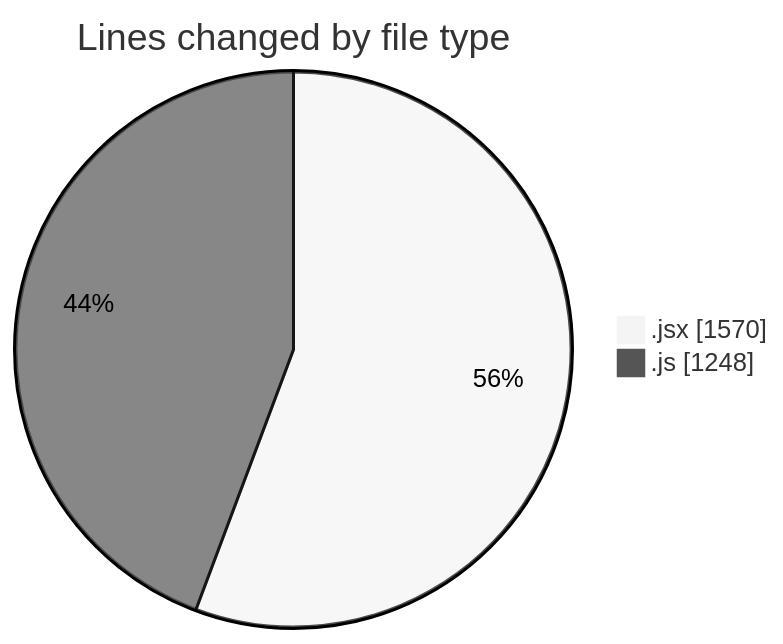
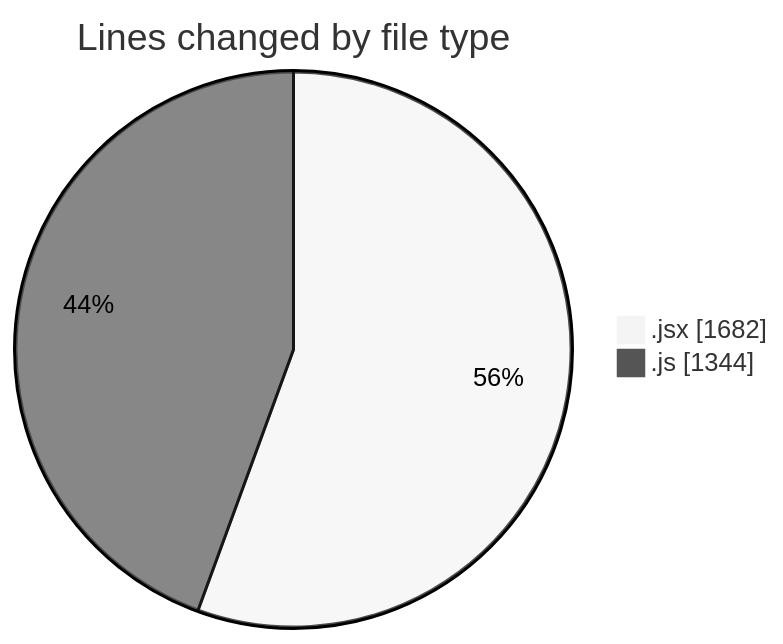
The first of 2 diagrams in 2025-11-06/nxtqube_webapp/README.md (nxtqubesakshisongat/code-tracking), drawn with Mermaid (neutral theme) before and after one commit. The commit also changed other lines of this file and 1 other file, not shown here.

````diff
--- a/2025-11-06/nxtqube_webapp/README.md
+++ b/2025-11-06/nxtqube_webapp/README.md
@@ -27,6 +28,6 @@
 ```mermaid
 pie showData
 title Lines changed by file type
-".jsx" : 1570
-".js" : 1248
+".jsx" : 1682
+".js" : 1344
 ```
````
